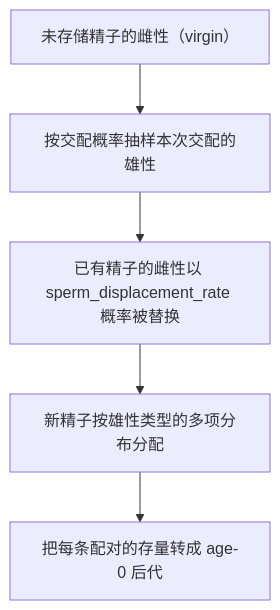
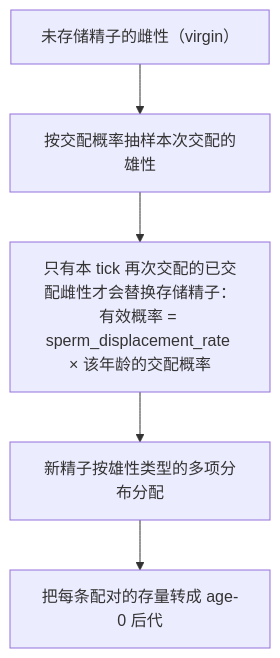
One commit to jyzhu-pointless/natal-core changed the diagram in docs/zh/developer/age_structure.md. Above: the diagram before and after it, drawn with Mermaid. The commit also changed 144 other files, not shown here.

````diff
--- a/docs/zh/developer/age_structure.md
+++ b/docs/zh/developer/age_structure.md
@@ -28,7 +28,7 @@
 ```mermaid
 flowchart TD
     V["未存储精子的雌性（virgin）"] --> M["按交配概率抽样本次交配的雄性"]
-    M --> D["已有精子的雌性以 sperm_displacement_rate 概率被替换"]
+    M --> D["只有本 tick 再次交配的已交配雌性才会替换存储精子：有效概率 = sperm_displacement_rate × 该年龄的交配概率"]
     D --> S["新精子按雄性类型的多项分布分配"]
     S --> F["把每条配对的存量转成 age-0 后代"]
 ```
````
